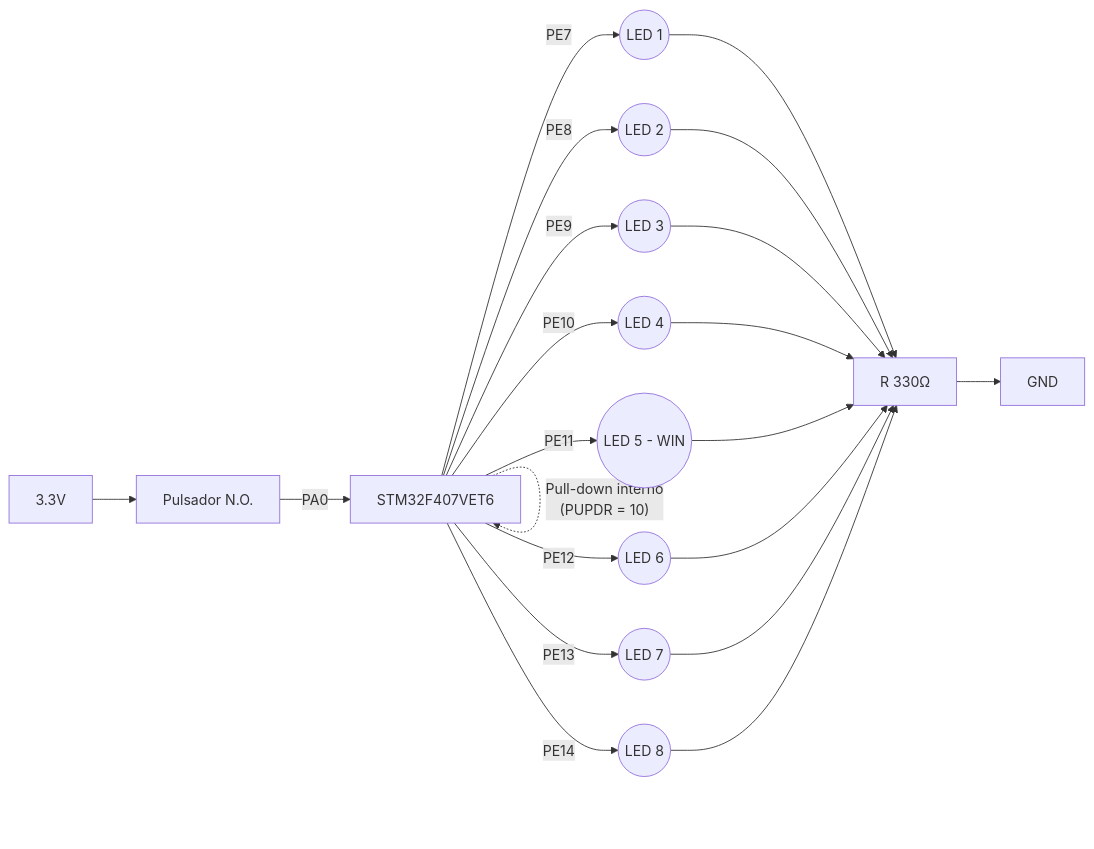
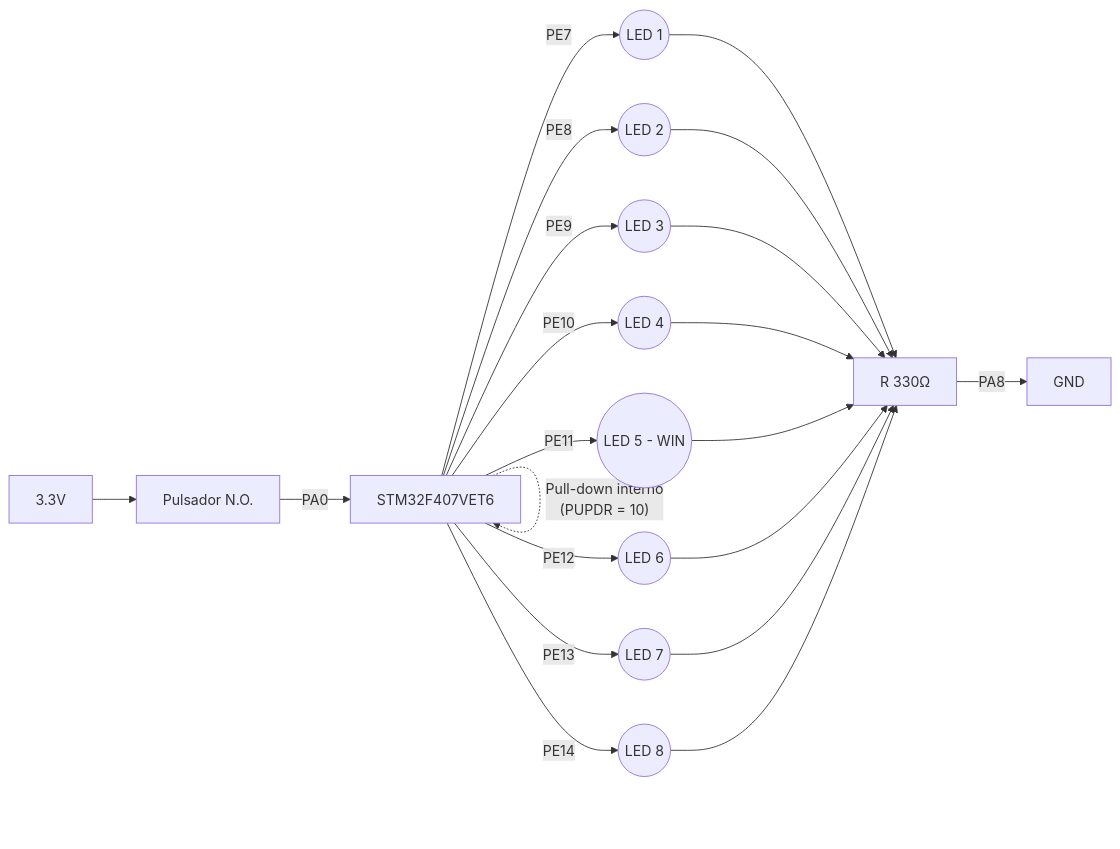
Before and after one commit to EstebanV0908/Tarea-1-micro-Probador-reflejos: the second of 2 diagrams in README.md, drawn with Mermaid.

````diff
--- a/README.md
+++ b/README.md
@@ -170,20 +170,20 @@
 ```mermaid
 graph LR
     MCU["STM32F407VET6"]
 
     MCU -->|PE7| LED1(("LED 1"))
     MCU -->|PE8| LED2(("LED 2"))
     MCU -->|PE9| LED3(("LED 3"))
     MCU -->|PE10| LED4(("LED 4"))
     MCU -->|PE11| LED5(("LED 5 - WIN"))
     MCU -->|PE12| LED6(("LED 6"))
     MCU -->|PE13| LED7(("LED 7"))
     MCU -->|PE14| LED8(("LED 8"))
 
     LED1 & LED2 & LED3 & LED4 & LED5 & LED6 & LED7 & LED8 --> R["R 330Ω"]
-    R --> GND["GND"]
+    R -->|PA8| GND["GND"]
 
     V33["3.3V"] --> BTN["Pulsador N.O."]
     BTN -->|PA0| MCU
     MCU -.->|"Pull-down interno<br/>(PUPDR = 10)"| MCU
 ```
````
